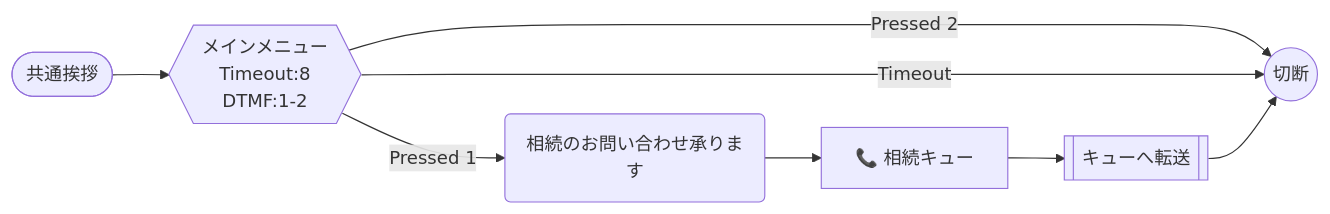
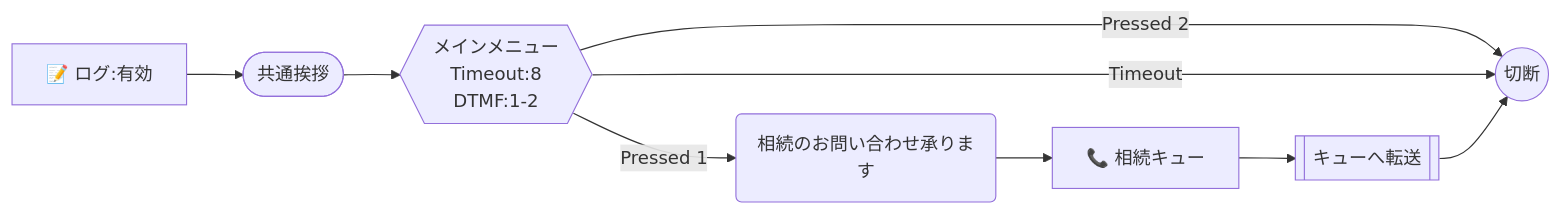
The diagram in references/mermaid_notation.md (ippei2480/connect-blueprint), drawn with Mermaid before and after one commit. The commit also changed other lines of this file and 14 other files, not shown here.

````diff
--- a/references/mermaid_notation.md
+++ b/references/mermaid_notation.md
@@ -42,17 +50,19 @@
 ```mermaid
 graph LR
+  log["📝 ログ:有効"]
   entry(["共通挨拶"])
   menu{{"メインメニュー\nTimeout:8\nDTMF:1-2"}}
   play1("相続のお問い合わせ承ります")
   q1["📞 相続キュー"]
   transfer1[["キューへ転送"]]
   end1(("切断"))
 
+  log --> entry
   entry --> menu
   menu -->|"Pressed 1"| play1
   menu -->|"Pressed 2"| end1
   menu -->|"Timeout"| end1
   play1 --> q1
   q1 --> transfer1
   transfer1 --> end1
 ```
````
